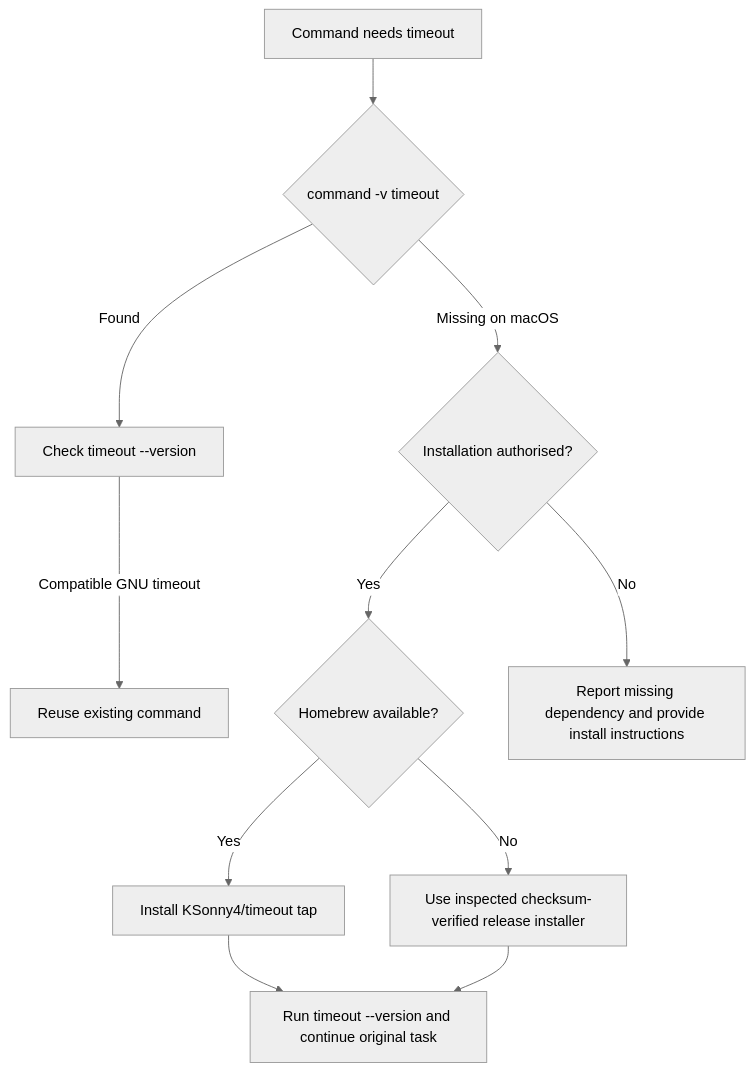
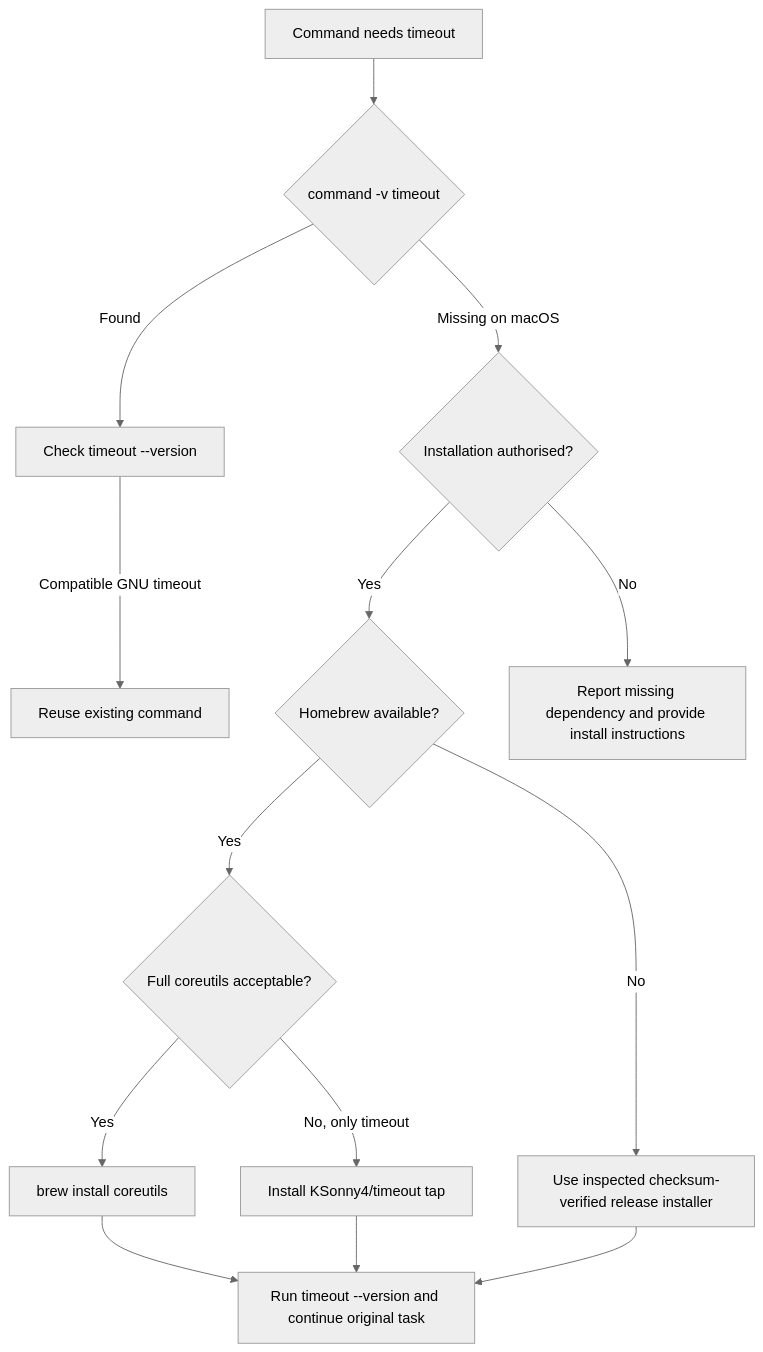
One commit to KSonny4/timeout changed the diagram in docs/agents.md. Above: the diagram before and after it, drawn with Mermaid (neutral theme). The commit also changed other lines of this file, not shown here.

Commit message:
docs: add coreutils route to agent install decision

````diff
--- a/docs/agents.md
+++ b/docs/agents.md
@@ -24,13 +24,16 @@
 ```mermaid
 flowchart TD
     A[Command needs timeout] --> B{command -v timeout}
     B -->|Found| C[Check timeout --version]
     C -->|Compatible GNU timeout| D[Reuse existing command]
     B -->|Missing on macOS| E{Installation authorised?}
     E -->|Yes| F{Homebrew available?}
-    F -->|Yes| G[Install KSonny4/timeout tap]
+    F -->|Yes| K{Full coreutils acceptable?}
+    K -->|Yes| L[brew install coreutils]
+    K -->|No, only timeout| G[Install KSonny4/timeout tap]
     F -->|No| H[Use inspected checksum-verified release installer]
     E -->|No| I[Report missing dependency and provide install instructions]
-    G --> J[Run timeout --version and continue original task]
+    L --> J[Run timeout --version and continue original task]
+    G --> J
     H --> J
 ```
````
